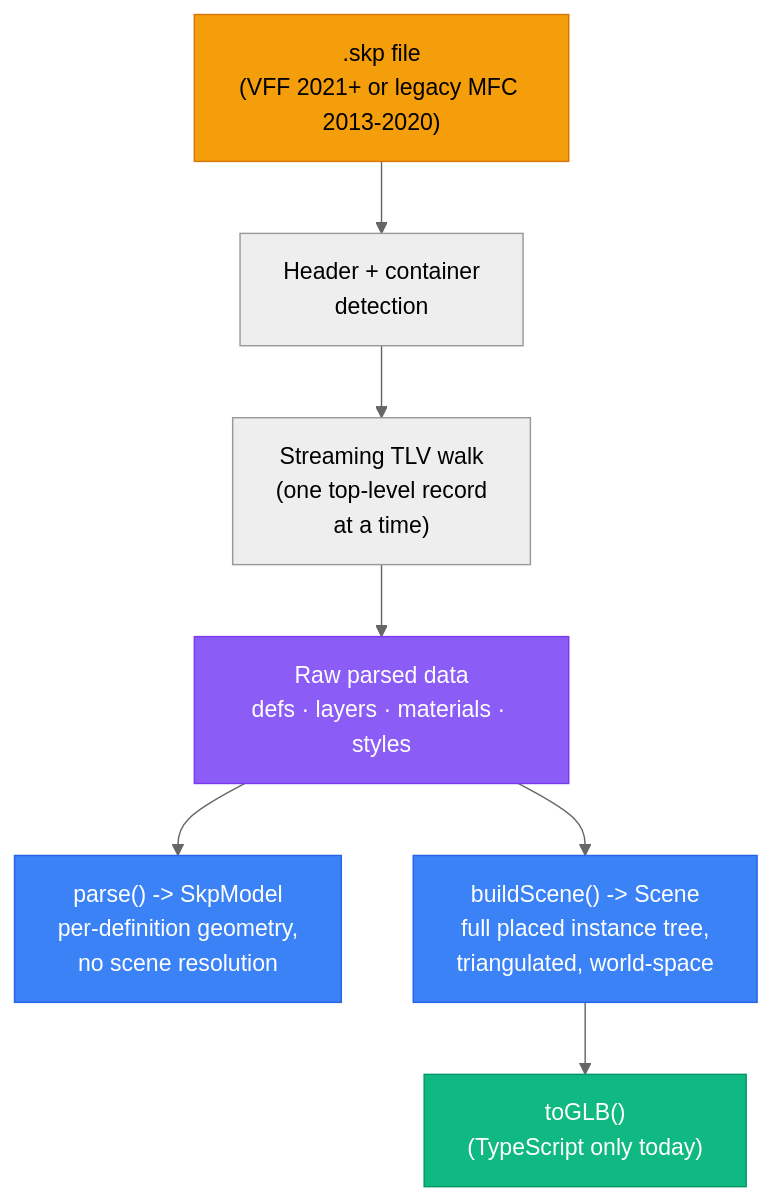
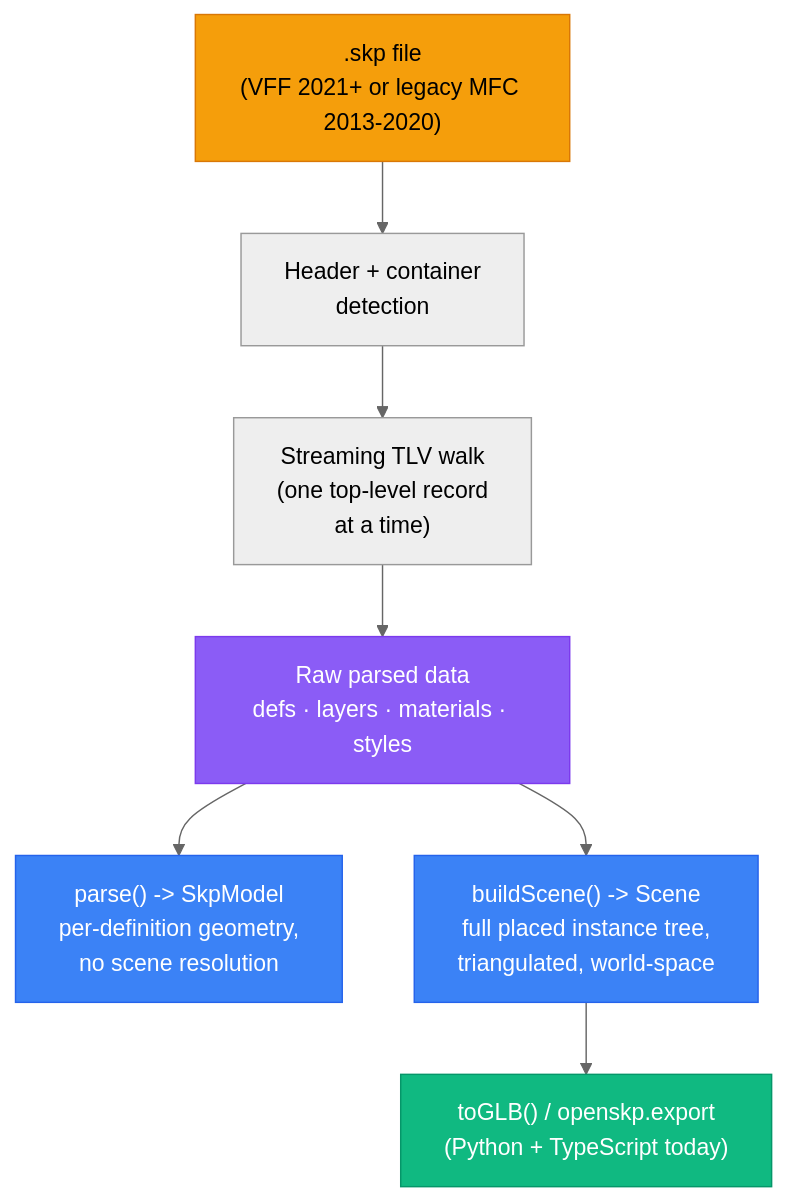
The diagram in README.md (MoCongxin/openskp), drawn with Mermaid (neutral theme) before and after one commit. The commit also changed other lines of this file and 14 other files, not shown here.

First line of the commit message:
Python 0.3.0: fix broken obj/json_export, bump version, correct export docs

````diff
--- a/README.md
+++ b/README.md
@@ -187,15 +187,15 @@
 ```mermaid
 graph TB
     SKP[".skp file<br/>(VFF 2021+ or legacy MFC 2013-2020)"] --> HDR["Header + container<br/>detection"]
     HDR --> WALK["Streaming TLV walk<br/>(one top-level record<br/>at a time)"]
     WALK --> RAW["Raw parsed data<br/>defs · layers · materials · styles"]
     RAW --> PARSE["parse() -> SkpModel<br/>per-definition geometry,<br/>no scene resolution"]
     RAW --> SCENE["buildScene() -> Scene<br/>full placed instance tree,<br/>triangulated, world-space"]
-    SCENE --> GLB["toGLB()<br/>(TypeScript only today)"]
+    SCENE --> GLB["toGLB() / openskp.export<br/>(Python + TypeScript today)"]
 
     style SKP fill:#f59e0b,color:#000,stroke:#d97706
     style RAW fill:#8b5cf6,color:#fff,stroke:#7c3aed
     style PARSE fill:#3b82f6,color:#fff,stroke:#2563eb
     style SCENE fill:#3b82f6,color:#fff,stroke:#2563eb
     style GLB fill:#10b981,color:#fff,stroke:#059669
 ```
````
